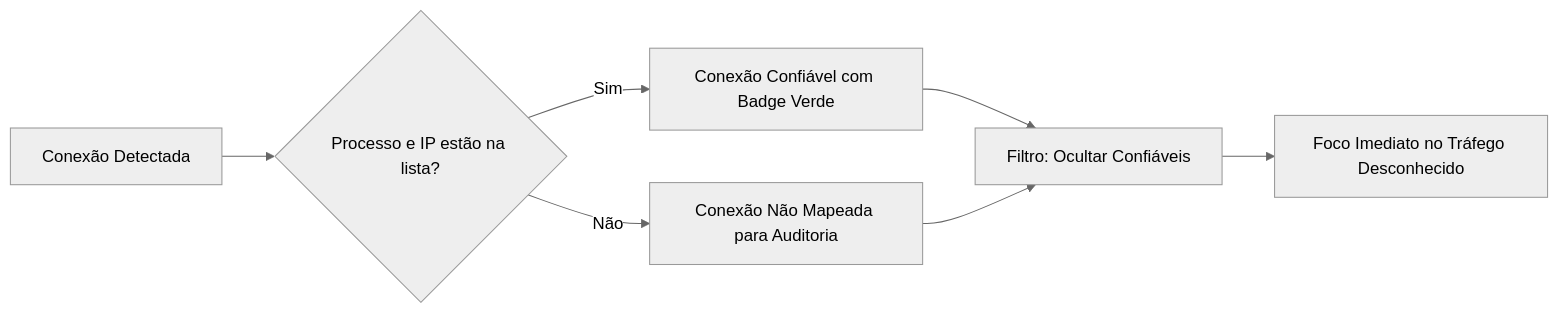
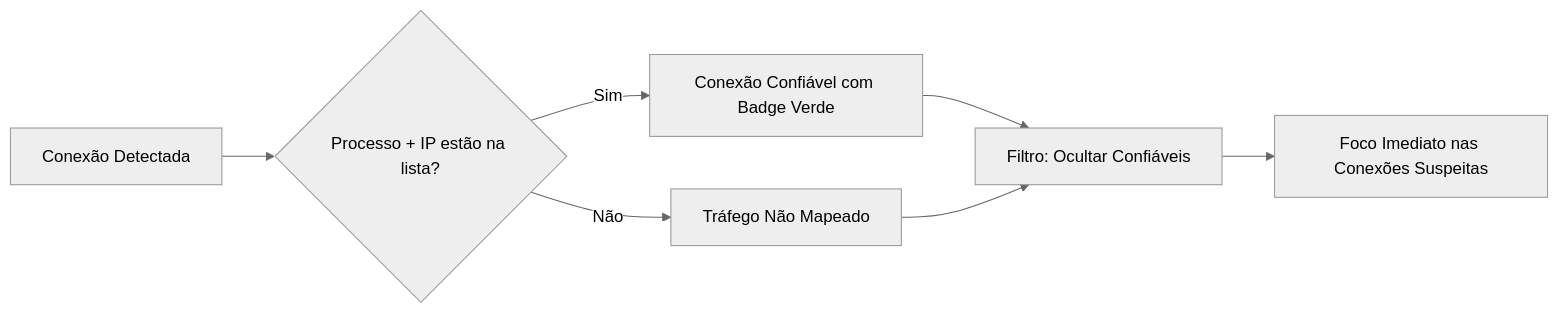
One commit to muriloai/NetStatAnalyzer changed the first of 2 diagrams in README.md. Above: the diagram before and after it, drawn with Mermaid (neutral theme). The commit also changed other lines of this file, not shown here.

````diff
--- a/README.md
+++ b/README.md
@@ -157,10 +50,10 @@
 ```mermaid
 flowchart LR
-    A[Conexão Detectada] --> B{Processo e IP estão na lista?}
+    A[Conexão Detectada] --> B{Processo + IP estão na lista?}
     B -- Sim --> C[Conexão Confiável com Badge Verde]
-    B -- Não --> D[Conexão Não Mapeada para Auditoria]
+    B -- Não --> D[Tráfego Não Mapeado]
     
     C --> E[Filtro: Ocultar Confiáveis]
     D --> E
-    E --> F[Foco Imediato no Tráfego Desconhecido]
+    E --> F[Foco Imediato nas Conexões Suspeitas]
 ```
````
